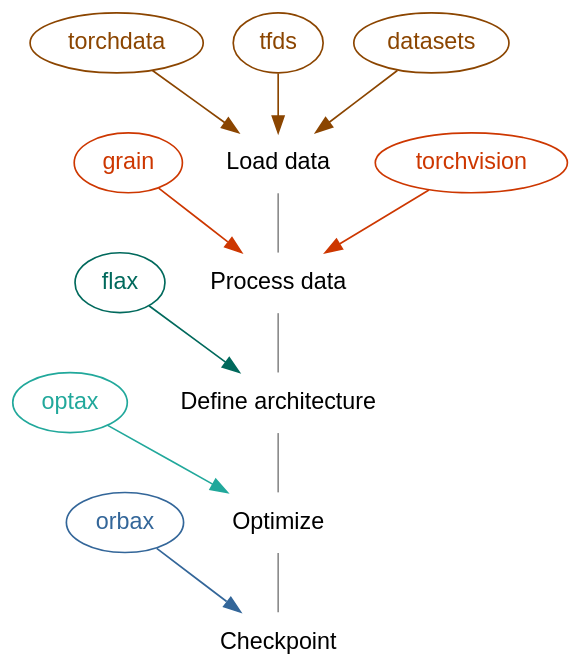
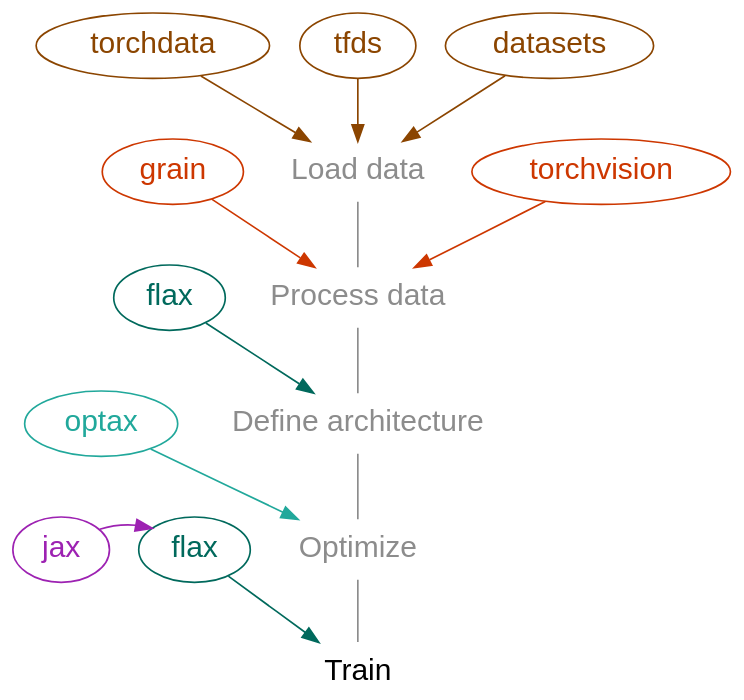
Diagram 13 of 15 in ai/jxai/fl_jax_slides.qmd (WestDRI/arc-training), drawn with Graphviz before and after one commit. The commit also changed other lines of this file, not shown here.

Commit message:
add training in the modular series of graphs

````diff
--- a/ai/jxai/fl_jax_slides.qmd
+++ b/ai/jxai/fl_jax_slides.qmd
@@ -576,42 +576,47 @@
 ```{dot}
 //| echo: false
 //| fig-width: 700px
 
 digraph {
 
 bgcolor="transparent"
-node [fontname="Inconsolata, sans-serif", color=gray55]
+node [fontname="Inconsolata, sans-serif", color=gray55, fontsize="18pt"]
 edge [color=gray55]
 
-load [label="Load data", shape=plaintext, group=g1]
-proc [label="Process data", shape=plaintext, group=g1]
-nn [label="Define architecture", shape=plaintext, group=g1]
-opt [label="Optimize", shape=plaintext, group=g1]
-cp [label="Checkpoint", shape=plaintext, group=g1]
+load [label="Load data", shape=plaintext, group=g1, fontcolor=gray55]
+proc [label="Process data", shape=plaintext, group=g1, fontcolor=gray55]
+nn [label="Define architecture", shape=plaintext, group=g1, fontcolor=gray55]
+opt [label="Optimize", shape=plaintext, group=g1, fontcolor=gray55]
+train [label="Train", shape=plaintext, group=g1]
 
 pt [label=torchdata, fontcolor=darkorange4, color=darkorange4]
 tfds [label=tfds, group=g2, fontcolor=darkorange4, color=darkorange4]
 dt [label=datasets, fontcolor=darkorange4, color=darkorange4]
 
 gr [label=grain, fontcolor=orangered3, color=orangered3]
 tv [label=torchvision, fontcolor=orangered3, color=orangered3]
 
-fl [label=flax, group=g2, fontcolor="#00695C", color="#00695C"]
+fl1 [label=flax, group=g2, fontcolor="#00695C", color="#00695C"]
+fl2 [label=flax, group=g2, fontcolor="#00695C", color="#00695C"]
 
 oa [label=optax, group=g2, fontcolor="#21A89B", color="#21A89B"]
 
-ob [label=orbax, group=g2, fontcolor="#336699", color="#336699"]
+jx [label=jax, group=g2, fontcolor="#9D22B2", color="#9D22B2"]
 
 {rank=same; gr load tv}
 gr -> load -> tv [style=invis]
 
+{rank=same; jx fl2 opt}
+jx -> fl2 -> opt [style=invis]
+
 {pt tfds dt} -> load [color=darkorange4]
 {gr tv} -> proc [color=orangered3]
-fl -> nn [color="#00695C"]
+fl1 -> nn [color="#00695C"]
 oa -> opt [color="#21A89B"]
-ob -> cp [color="#336699"]
+jx -> fl2 [color="#9D22B2"]
+fl2 -> train [color="#00695C"]
 
-load -> proc -> nn -> opt -> cp [dir=none]
+load -> proc -> nn -> opt -> train [dir=none]
 
 }
 ```
````
